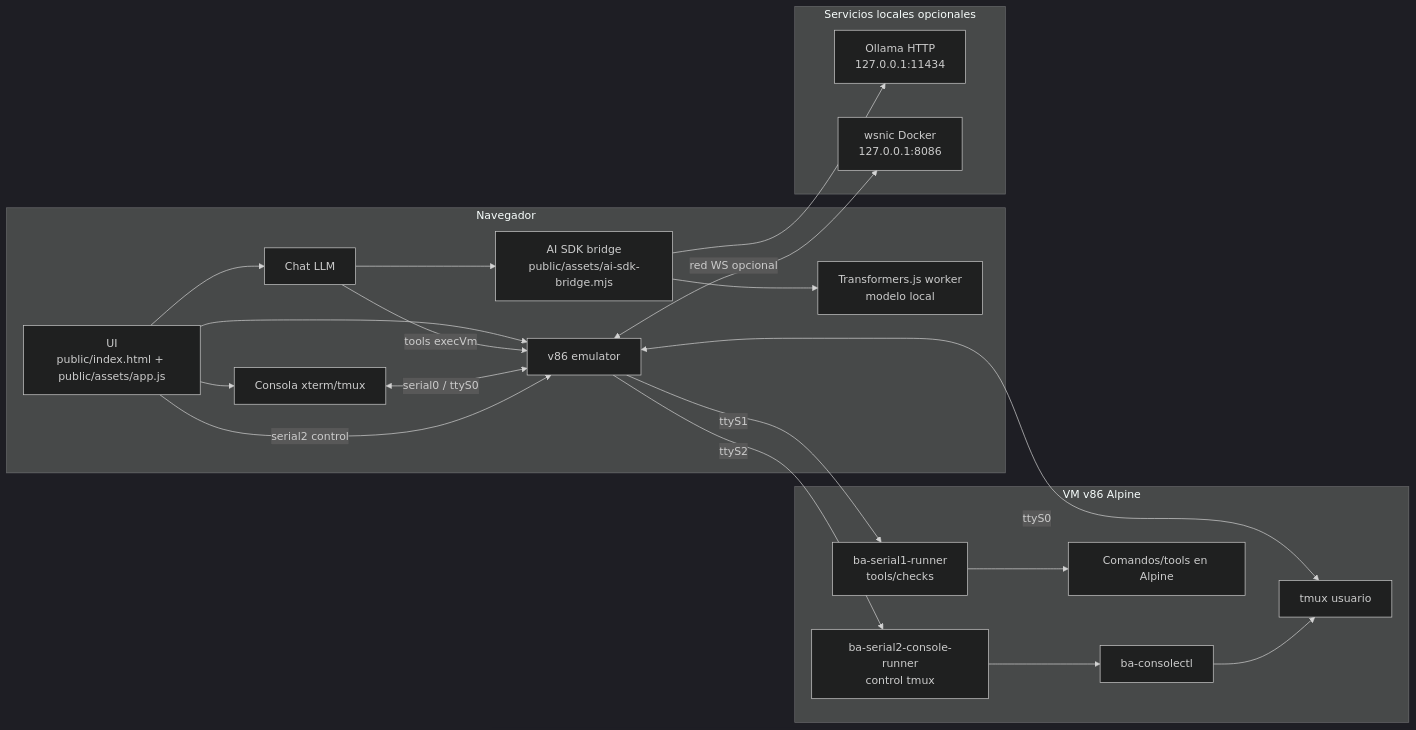
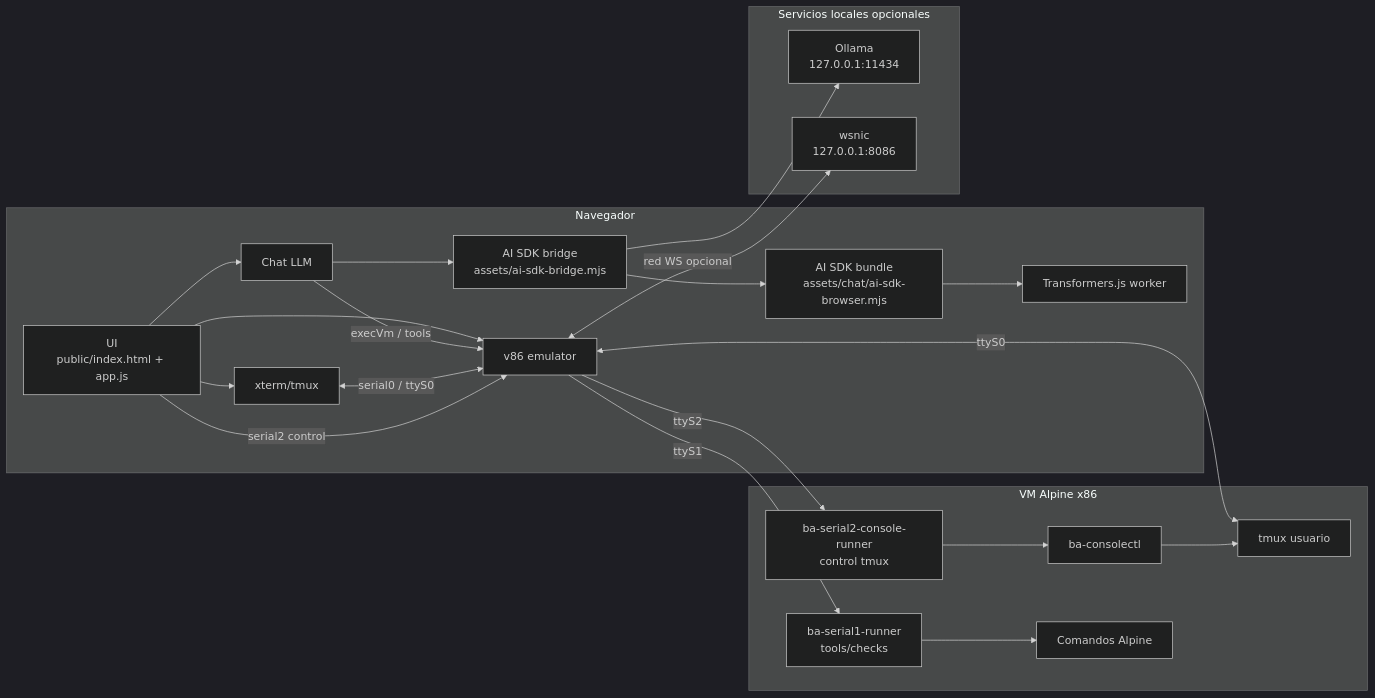
The diagram in docs/ARCHITECTURE.md (Len4m/browser-agent-v86-poc), drawn with Mermaid (dark theme) before and after one commit. The commit also changed other lines of this file and 2 other files, not shown here.

Commit message:
Refactor README, ARCHITECTURE, and USAGE documentation for clarity and structure; update demo instructions and requirements for local setup.

````diff
--- a/docs/ARCHITECTURE.md
+++ b/docs/ARCHITECTURE.md
@@ -9,41 +9,43 @@
 ```mermaid
 flowchart LR
   subgraph Browser["Navegador"]
-    UI["UI<br/>public/index.html + public/assets/app.js"]
-    Xterm["Consola xterm/tmux"]
+    UI["UI<br/>public/index.html + app.js"]
+    Xterm["xterm/tmux"]
     Chat["Chat LLM"]
-    AiSdk["AI SDK bridge<br/>public/assets/ai-sdk-bridge.mjs"]
-    TfWorker["Transformers.js worker<br/>modelo local"]
+    Bridge["AI SDK bridge<br/>assets/ai-sdk-bridge.mjs"]
+    AiBundle["AI SDK bundle<br/>assets/chat/ai-sdk-browser.mjs"]
+    Worker["Transformers.js worker"]
     V86["v86 emulator"]
   end
 
-  subgraph VM["VM v86 Alpine"]
+  subgraph VM["VM Alpine x86"]
     Tmux["tmux usuario"]
-    Serial1Runner["ba-serial1-runner<br/>tools/checks"]
-    Serial2Runner["ba-serial2-console-runner<br/>control tmux"]
-    ConsoleCtl["ba-consolectl"]
-    VmTools["Comandos/tools en Alpine"]
+    S1["ba-serial1-runner<br/>tools/checks"]
+    S2["ba-serial2-console-runner<br/>control tmux"]
+    Ctl["ba-consolectl"]
+    Tools["Comandos Alpine"]
   end
 
-  subgraph LocalServices["Servicios locales opcionales"]
-    Ollama["Ollama HTTP<br/>127.0.0.1:11434"]
-    Wsnic["wsnic Docker<br/>127.0.0.1:8086"]
+  subgraph Local["Servicios locales opcionales"]
+    Ollama["Ollama<br/>127.0.0.1:11434"]
+    Wsnic["wsnic<br/>127.0.0.1:8086"]
   end
 
+  UI --> Chat
   UI --> Xterm
-  UI --> Chat
   UI --> V86
-  Chat --> AiSdk
-  AiSdk --> TfWorker
-  AiSdk --> Ollama
-  Chat -->|"tools execVm"| V86
+  Chat --> Bridge
+  Bridge --> AiBundle
+  AiBundle --> Worker
+  Bridge --> Ollama
+  Chat -->|"execVm / tools"| V86
   Xterm <-->|"serial0 / ttyS0"| V86
   V86 <-->|"ttyS0"| Tmux
-  V86 -->|"ttyS1"| Serial1Runner
-  Serial1Runner --> VmTools
+  V86 -->|"ttyS1"| S1
+  S1 --> Tools
   UI -->|"serial2 control"| V86
-  V86 -->|"ttyS2"| Serial2Runner
-  Serial2Runner --> ConsoleCtl
-  ConsoleCtl --> Tmux
+  V86 -->|"ttyS2"| S2
+  S2 --> Ctl
+  Ctl --> Tmux
   V86 <-->|"red WS opcional"| Wsnic
 ```
````
